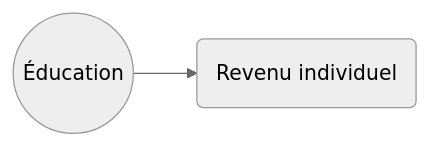
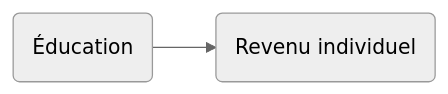
Before and after one commit to laurenceomfoisy/laurenceoliviermfoisy: the seventh of 39 diagrams in presentation_goa/index.qmd, drawn with Mermaid (neutral theme). The commit also changed other lines of this file and 1 other file, not shown here.

````diff
--- a/presentation_goa/index.qmd
+++ b/presentation_goa/index.qmd
@@ -117,4 +117,4 @@
 ```{mermaid}
 graph LR;
-    X((Éducation)) --> Z1(Revenu individuel);
+    X(Éducation) --> Z1(Revenu individuel);
 ```
````
